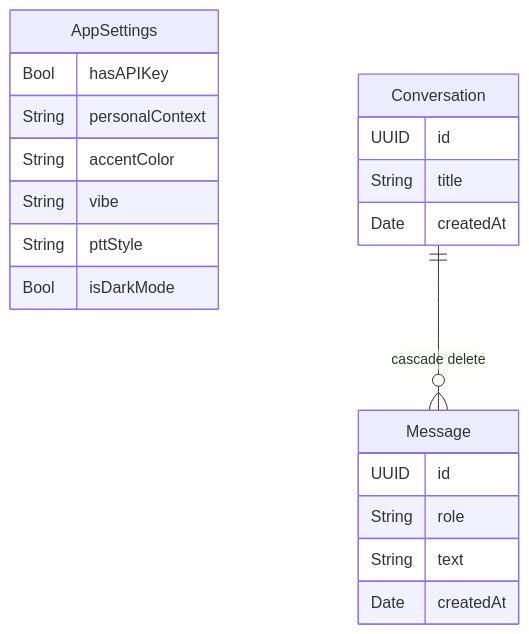
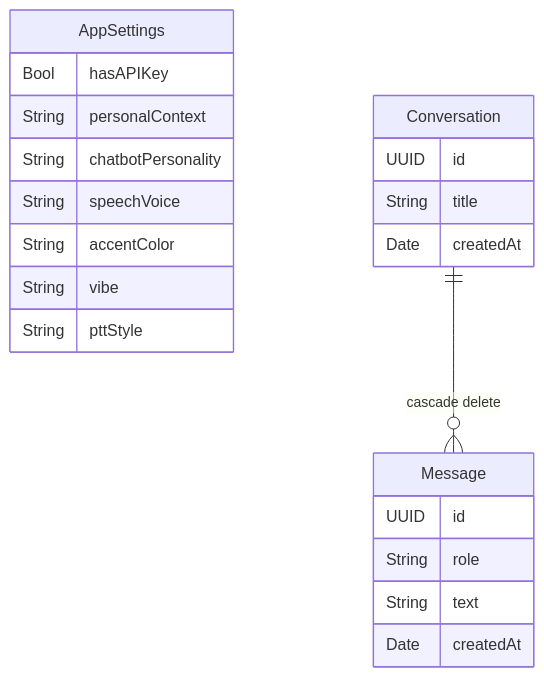
Before and after one commit to luisaugusto/VoiceGPT: the second of 4 diagrams in README.md, drawn with Mermaid. The commit also changed other lines of this file, not shown here.

Commit message:
Update README for current VoiceGPT features (#19)

````diff
--- a/README.md
+++ b/README.md
@@ -63,26 +64,27 @@
 ```mermaid
 erDiagram
     AppSettings {
-        Bool hasAPIKey
+        Bool   hasAPIKey
         String personalContext
+        String chatbotPersonality
+        String speechVoice
         String accentColor
         String vibe
         String pttStyle
-        Bool   isDarkMode
     }
 
     Conversation {
         UUID   id
         String title
         Date   createdAt
     }
 
     Message {
         UUID   id
         String role
         String text
         Date   createdAt
     }
 
     Conversation ||--o{ Message : "cascade delete"
 ```
````
